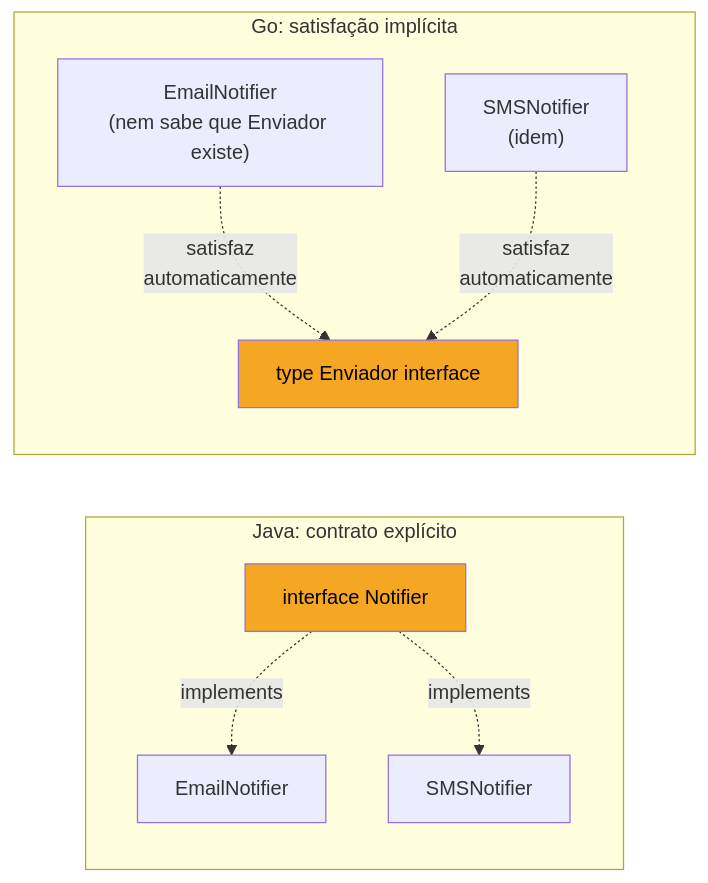
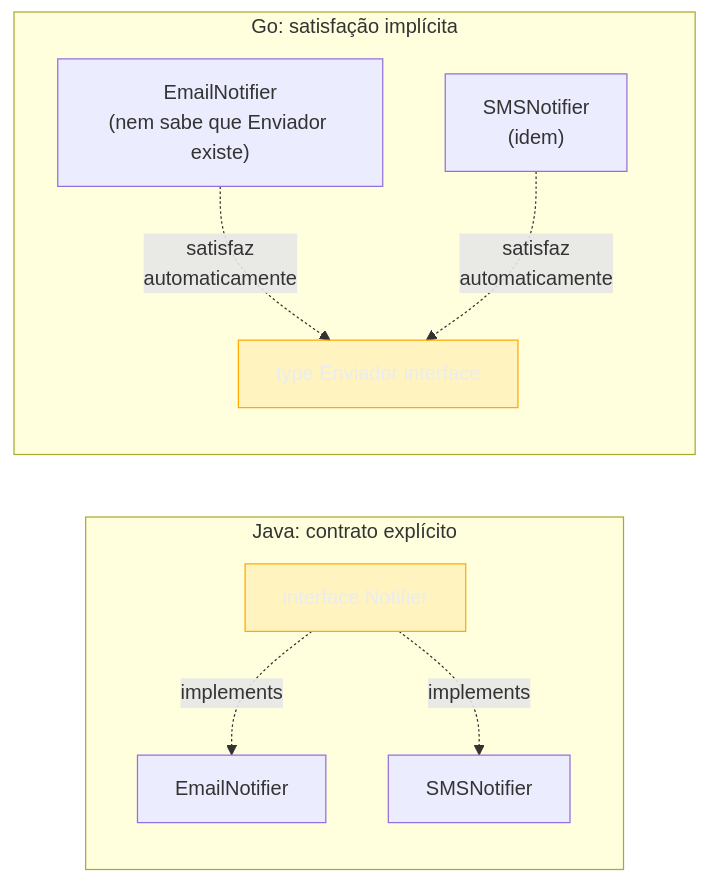
Before and after one commit to josenaldo/codex-technomanticus: the second of 2 diagrams in 03-Dominios/Tecnologia/Go/20 - Go idiomático/03 - Composição sobre herança na prática.md, drawn with Mermaid. The commit also changed other lines of this file and 1181 other files, not shown here.

First line of the commit message:
fix(diagramas): paleta do sistema no lugar de cor cravada no markdown

````diff
--- a/03-Dominios/Tecnologia/Go/20 - Go idiomático/03 - Composição sobre herança na prática.md
+++ b/03-Dominios/Tecnologia/Go/20 - Go idiomático/03 - Composição sobre herança na prática.md
@@ -159,17 +161,18 @@
 ```mermaid
 flowchart LR
+    classDef destaque fill:#FFAA0024,stroke:#FFAA00,color:#E9ECF2
     subgraph "Java: contrato explícito"
         direction TB
         JI["interface Notifier"] -.implements.-> JE["EmailNotifier"]
         JI -.implements.-> JS["SMSNotifier"]
     end
     subgraph "Go: satisfação implícita"
         direction TB
         GI["type Enviador interface"]
         GE["EmailNotifier\n(nem sabe que Enviador existe)"] -.satisfaz\nautomaticamente.-> GI
         GS["SMSNotifier\n(idem)"] -.satisfaz\nautomaticamente.-> GI
     end
 
-    style JI fill:#F5A623,color:#000
-    style GI fill:#F5A623,color:#000
+    class JI destaque
+    class GI destaque
 ```
````
